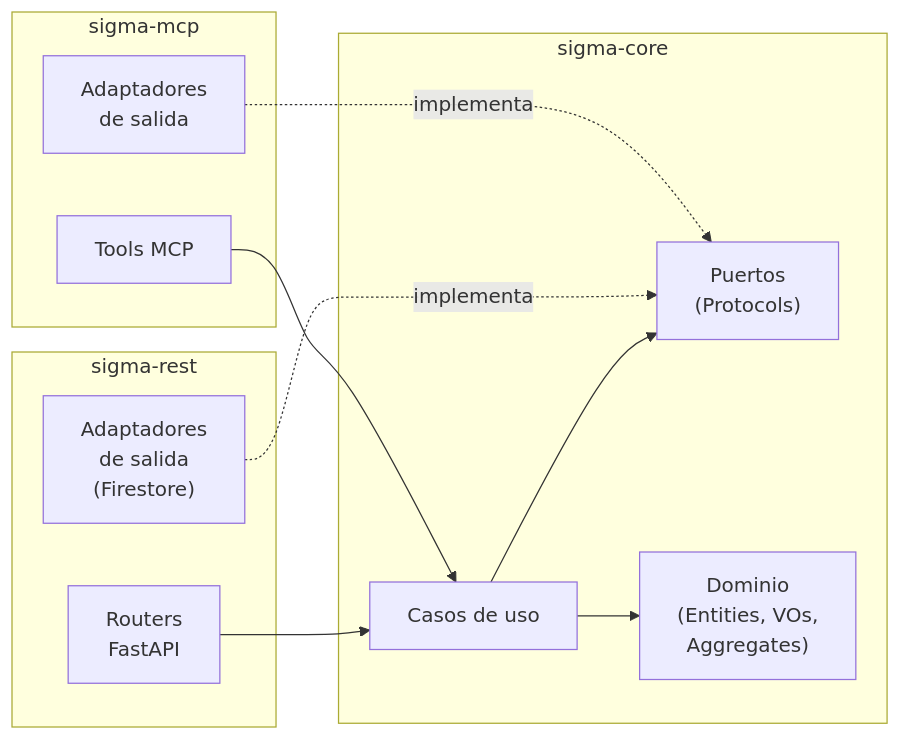
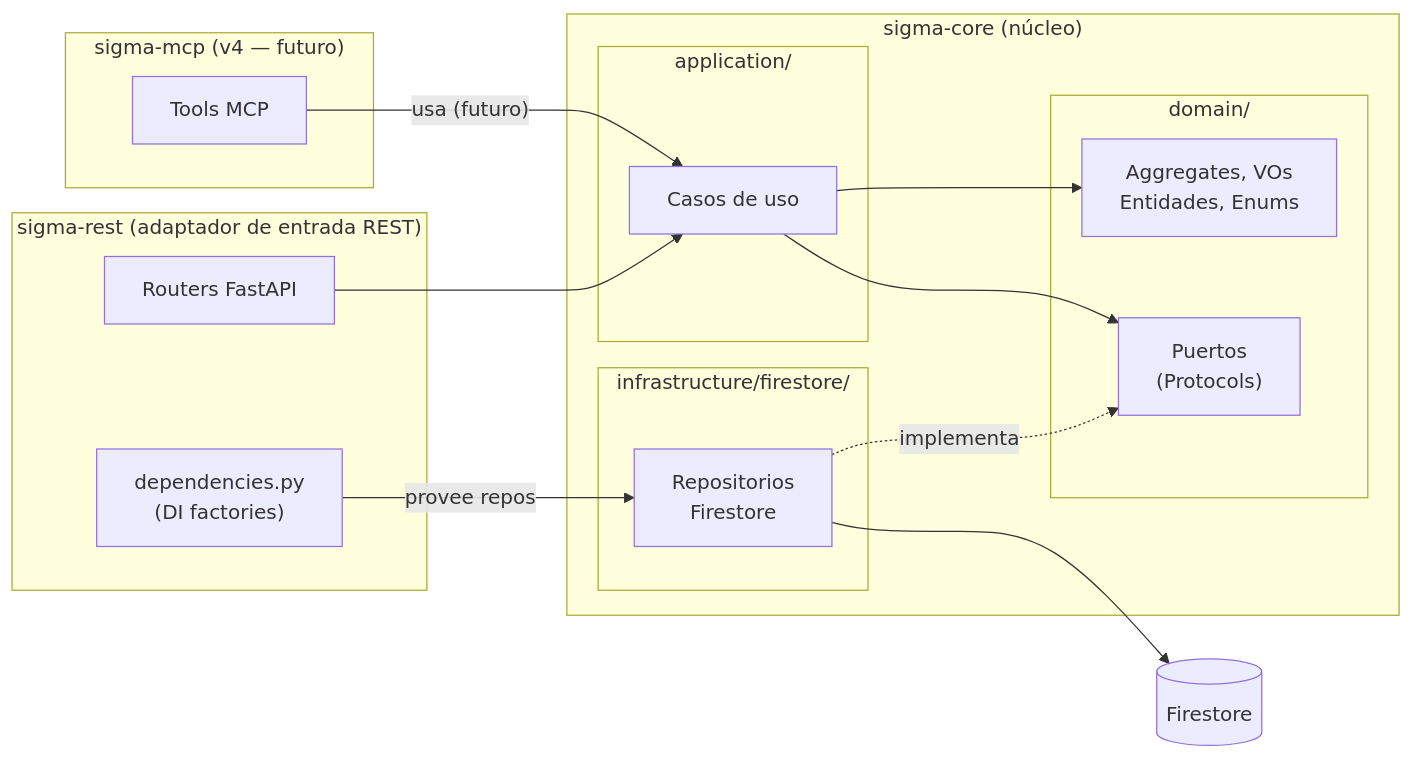
One commit to xandro30/SIGMA changed the second of 5 diagrams in ARCHITECTURE.md. Above: the diagram before and after it, drawn with Mermaid. The commit also changed other lines of this file and 29 other files, not shown here.

````diff
--- a/ARCHITECTURE.md
+++ b/ARCHITECTURE.md
@@ -145,27 +179,34 @@
 ```mermaid
 flowchart LR
-    subgraph sigma-mcp
+    subgraph sigma-mcp["sigma-mcp (v4 — futuro)"]
         MCP_TOOLS["Tools MCP"]
-        MCP_REPO["Adaptadores\nde salida"]
     end
 
-    subgraph sigma-rest
-        API["Routers\nFastAPI"]
-        REST_REPO["Adaptadores\nde salida\n(Firestore)"]
+    subgraph sigma-rest["sigma-rest (adaptador de entrada REST)"]
+        API["Routers FastAPI"]
+        DI["dependencies.py\n(DI factories)"]
     end
 
-    subgraph sigma-core
-        USE_CASES["Casos de uso"]
-        PORTS["Puertos\n(Protocols)"]
-        DOMAIN["Dominio\n(Entities, VOs,\nAggregates)"]
+    subgraph sigma-core["sigma-core (núcleo)"]
+        subgraph application["application/"]
+            USE_CASES["Casos de uso"]
+        end
+        subgraph domain["domain/"]
+            PORTS["Puertos\n(Protocols)"]
+            DOMAIN["Aggregates, VOs\nEntidades, Enums"]
+        end
+        subgraph infrastructure["infrastructure/firestore/"]
+            REPO["Repositorios\nFirestore"]
+        end
     end
 
-    MCP_TOOLS --> USE_CASES
-    MCP_REPO -.->|implementa| PORTS
+    DB[("Firestore")]
 
+    MCP_TOOLS -->|"usa (futuro)"| USE_CASES
     API --> USE_CASES
-    REST_REPO -.->|implementa| PORTS
-
+    DI -->|"provee repos"| REPO
     USE_CASES --> DOMAIN
     USE_CASES --> PORTS
+    REPO -.->|"implementa"| PORTS
+    REPO --> DB
 ```
````
